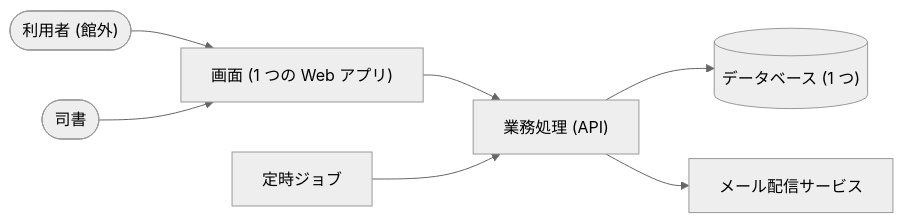
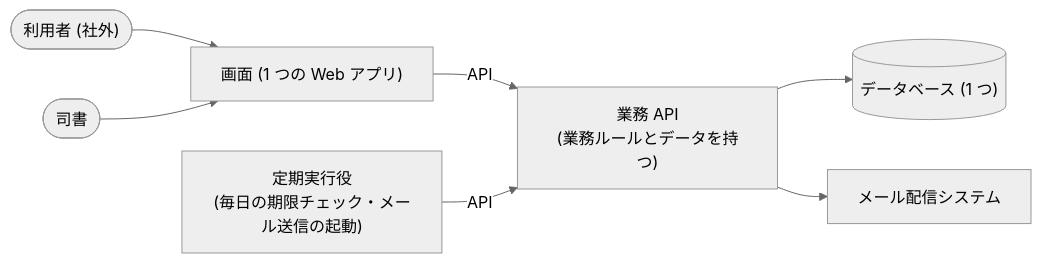
One commit to suwa-sh/suwa-sh-claude-plugins changed the diagram in samples/distillery2/library-loan/docs/adr/_review-summary.md. Above: the diagram before and after it, drawn with Mermaid (neutral theme). The commit also changed other lines of this file and 249 other files, not shown here.

````diff
--- a/samples/distillery2/library-loan/docs/adr/_review-summary.md
+++ b/samples/distillery2/library-loan/docs/adr/_review-summary.md
@@ -12,9 +12,9 @@
 ```mermaid
 graph LR
-  U(["利用者 (館外)"]) --> F["画面 (1 つの Web アプリ)"]
-  L(["司書"]) --> F
-  F --> B["業務処理 (API)"]
-  W["定時ジョブ"] --> B
-  B --> D[("データベース (1 つ)")]
-  B --> M["メール配信サービス"]
+  U(["利用者 (社外)"]) --> FE["画面 (1 つの Web アプリ)"]
+  L(["司書"]) --> FE
+  FE -->|API| BE["業務 API<br/>(業務ルールとデータを持つ)"]
+  W["定期実行役<br/>(毎日の期限チェック・メール送信の起動)"] -->|API| BE
+  BE --> DB[("データベース (1 つ)")]
+  BE --> M["メール配信システム"]
 ```
````
